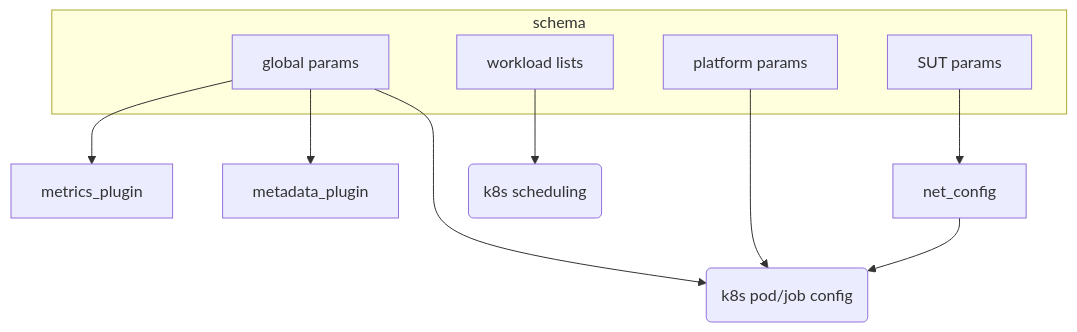
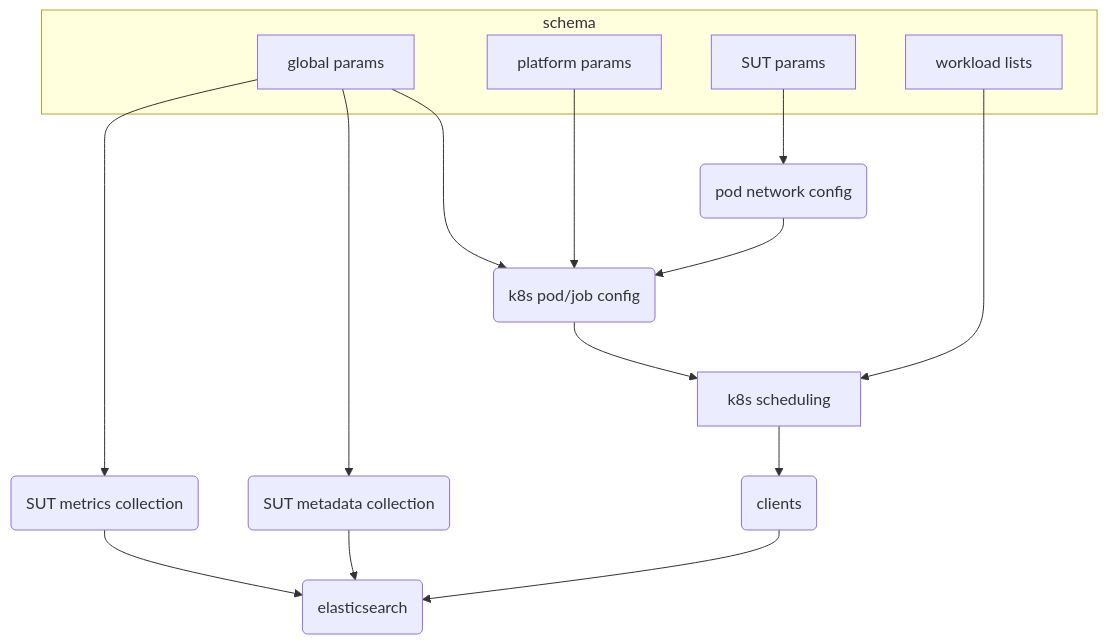
Before and after one commit to mkarg75/arcaflow-workflows: the sixth of 6 diagrams in router-performance/README.md, drawn with Mermaid. The commit also changed other lines of this file, not shown here.

Commit message:
graph done

````diff
--- a/router-performance/README.md
+++ b/router-performance/README.md
@@ -156,21 +156,27 @@
 ```mermaid
 graph TD
 	subgraph schema
 	global_params[global params]
 	platform_params[platform params]
 	sut_params[SUT params]
 	platform_params[platform params]
 	workloads_list[workload lists]
 	end
 
-	global_params --> metrics_plugin
-	global_params --> metadata_plugin
+	global_params --> metrics_plugin(SUT metrics collection)
+	global_params --> metadata_plugin(SUT metadata collection)
 	global_params --> pod_config
 
 	platform_params --> pod_config(k8s pod/job config)
 	
-	sut_params --> net_config
+	sut_params --> net_config(pod network config)
 	net_config --> pod_config
+	pod_config --> scheduling
+	scheduling --> router_c(clients)
 
-	workloads_list --> scheduling(k8s scheduling)
+	workloads_list --> scheduling[k8s scheduling]
+
+	metrics_plugin --> es(elasticsearch)
+	metadata_plugin --> es
+	router_c --> es
 ```
````
